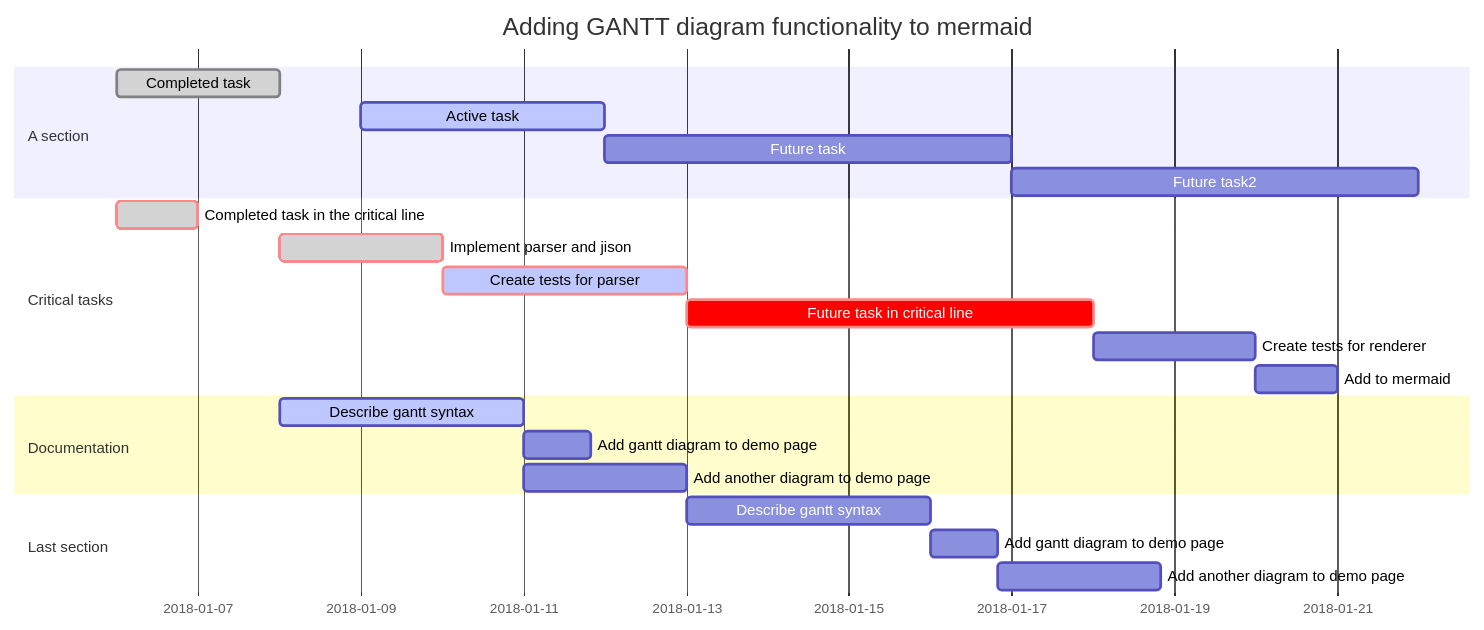
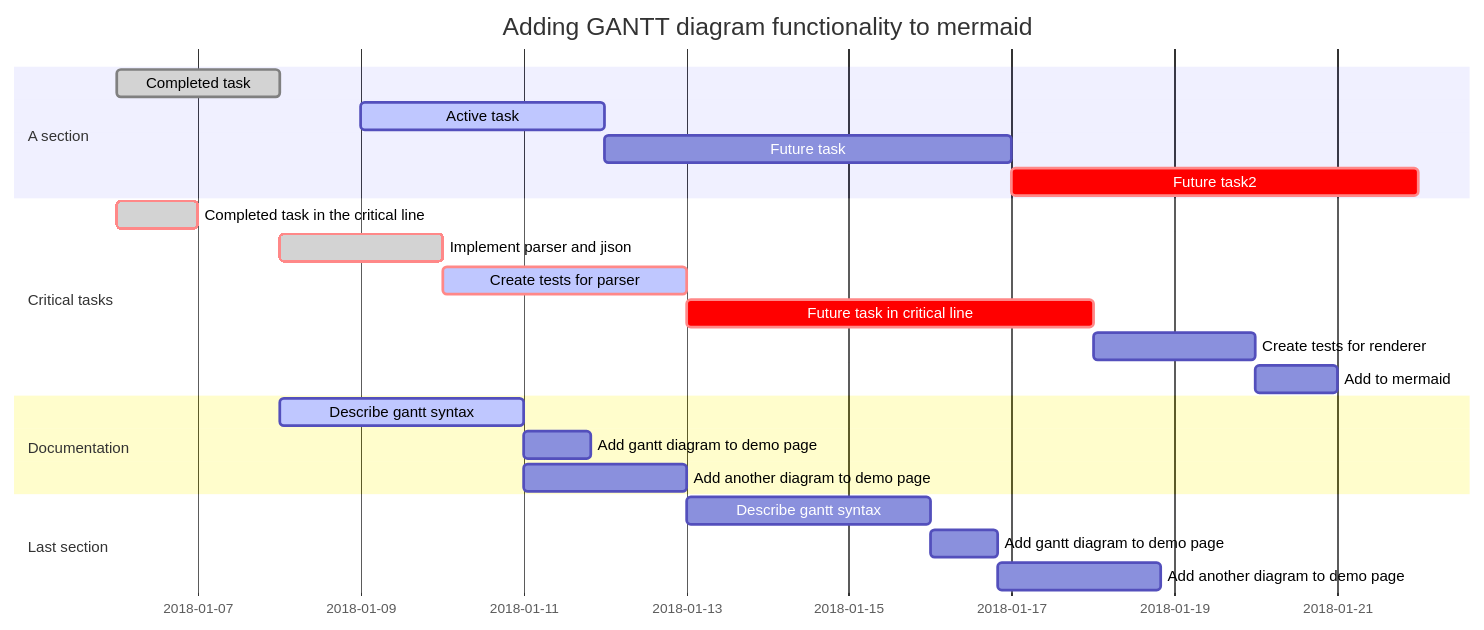
One commit to coolsheets/journal changed the diagram in gantt.md. Above: the diagram before and after it, drawn with Mermaid.

Commit message:
test a minor edit to gantt.md

````diff
--- a/gantt.md
+++ b/gantt.md
@@ -1,29 +1,29 @@
 ```mermaid
 gantt
        dateFormat  YYYY-MM-DD
        title Adding GANTT diagram functionality to mermaid
 
        section A section
        Completed task            :done,    des1, 2018-01-06,2018-01-08
        Active task               :active,  des2, 2018-01-09, 3d
        Future task               :         des3, after des2, 5d
-       Future task2              :         des4, after des3, 5d
+       Future task2              :crit,    des4, after des3, 5d
 
        section Critical tasks
        Completed task in the critical line :crit, done, 2018-01-06,24h
        Implement parser and jison          :crit, done, after des1, 2d
        Create tests for parser             :crit, active, 3d
        Future task in critical line        :crit, 5d
        Create tests for renderer           :2d
        Add to mermaid                      :1d
 
        section Documentation
        Describe gantt syntax               :active, a1, after des1, 3d
        Add gantt diagram to demo page      :after a1  , 20h
        Add another diagram to demo page    :doc1, after a1  , 48h
 
        section Last section
        Describe gantt syntax               :after doc1, 3d
        Add gantt diagram to demo page      :20h
        Add another diagram to demo page    :48h
 ```
````
